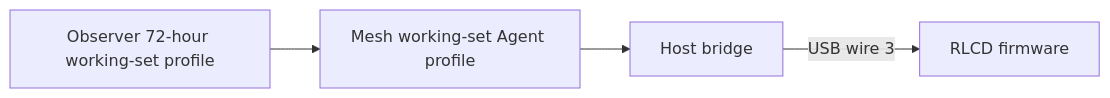
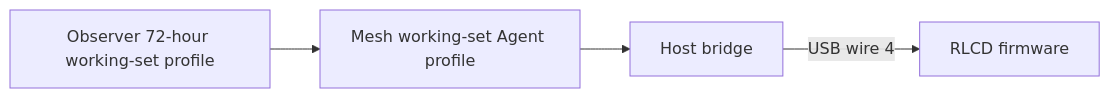
The diagram in projects/agent-dashboard/README.md (byebyebryan/esp32-rlcd), drawn with Mermaid before and after one commit. The commit also changed other lines of this file and 19 other files, not shown here.

````diff
--- a/projects/agent-dashboard/README.md
+++ b/projects/agent-dashboard/README.md
@@ -37,6 +37,6 @@
 ```mermaid
 flowchart LR
     Observer[Observer 72-hour working-set profile] --> Mesh[Mesh working-set Agent profile]
     Mesh --> Bridge[Host bridge]
-    Bridge -->|USB wire 3| RLCD[RLCD firmware]
+    Bridge -->|USB wire 4| RLCD[RLCD firmware]
 ```
````
